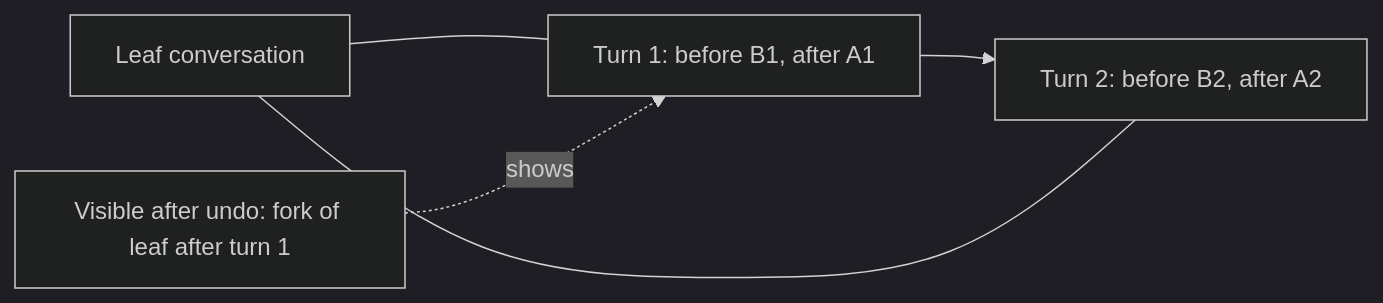
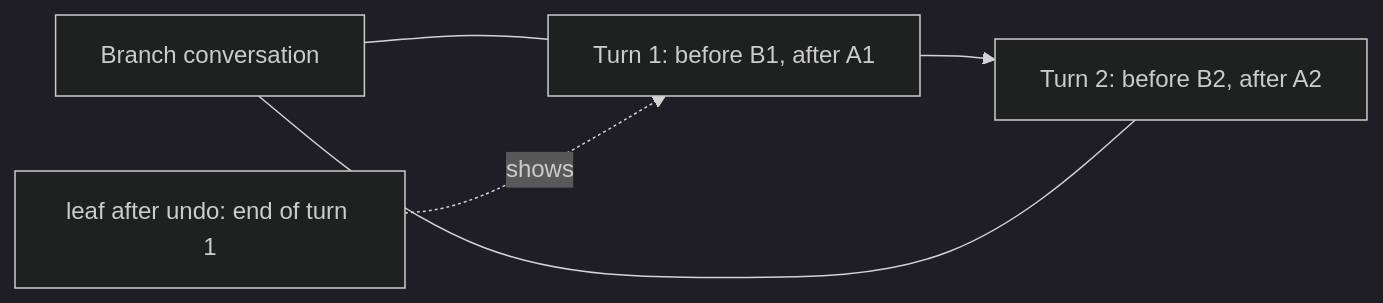
Before and after one commit to mattiacerutti/supernova: the second of 6 diagrams in docs/internal/checkpoint-system.md, drawn with Mermaid (dark theme). The commit also changed other lines of this file and 15 other files, not shown here.

Commit message:
fix(agent-runtime): fork on send instead of on undo

````diff
--- a/docs/internal/checkpoint-system.md
+++ b/docs/internal/checkpoint-system.md
@@ -118,7 +118,7 @@
 ```mermaid
 flowchart LR
   T1[Turn 1: before B1, after A1] --> T2[Turn 2: before B2, after A2]
-  LEAF[Leaf conversation] --- T1
-  LEAF --- T2
-  UNDO[Visible after undo: fork of leaf after turn 1] -. shows .-> T1
+  BRANCH[Branch conversation] --- T1
+  BRANCH --- T2
+  UNDO[leaf after undo: end of turn 1] -. shows .-> T1
 ```
````
